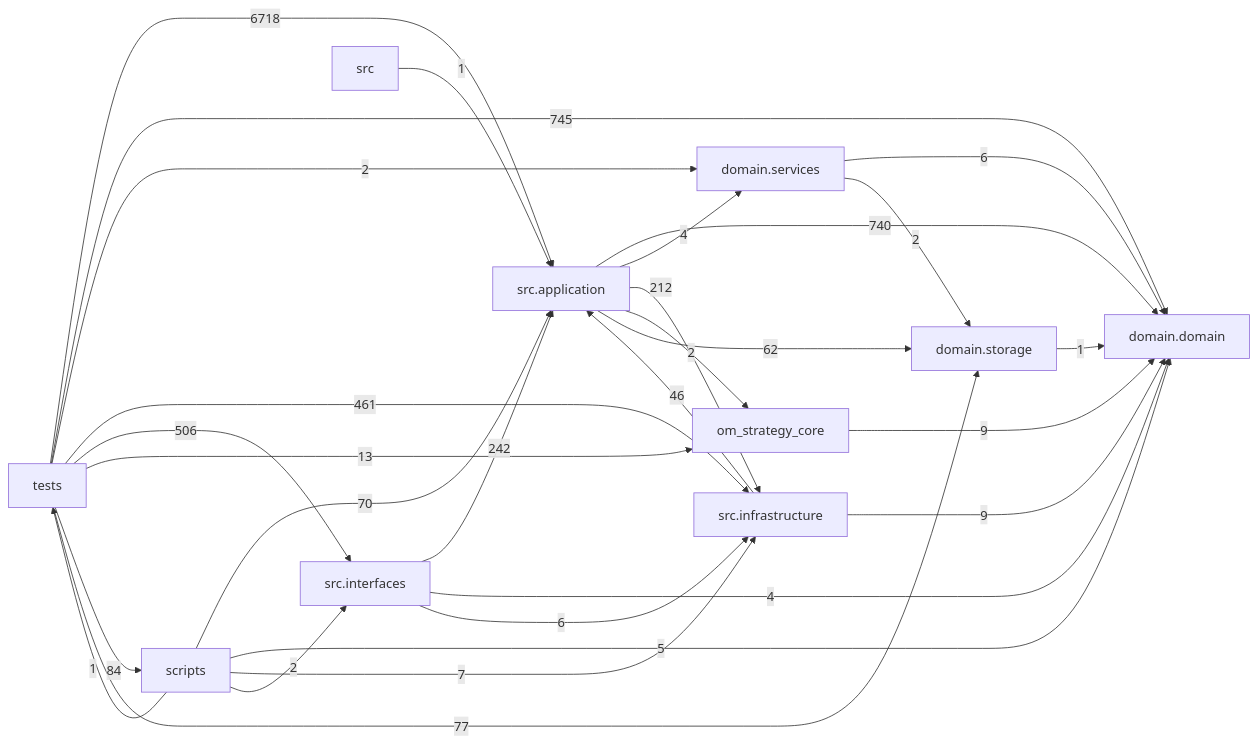
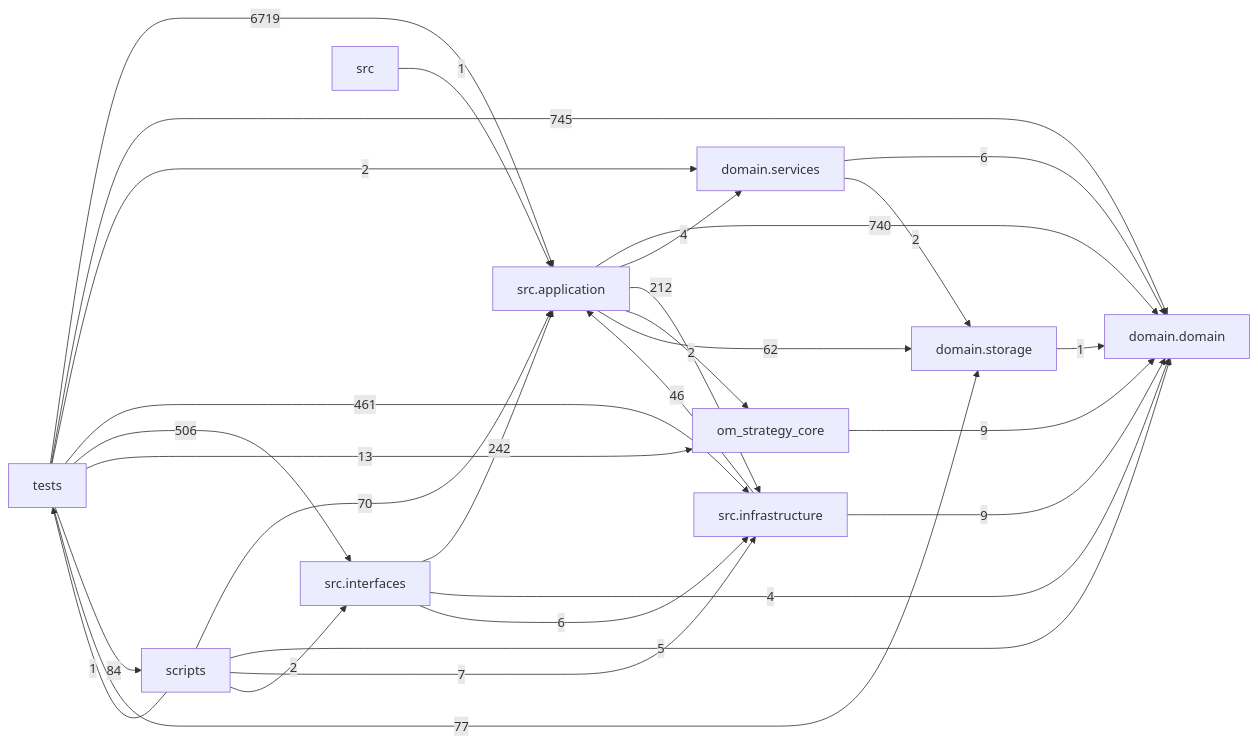
Before and after one commit to liuxie066/options-monitor: the diagram in docs/DEPENDENCY_GRAPH.md, drawn with Mermaid. The commit also changed other lines of this file and 2 other files, not shown here.

````diff
--- a/docs/DEPENDENCY_GRAPH.md
+++ b/docs/DEPENDENCY_GRAPH.md
@@ -24,39 +24,39 @@
 ```mermaid
 flowchart LR
   tests["tests"]
   scripts["scripts"]
   interfaces["src.interfaces"]
   application["src.application"]
   infrastructure["src.infrastructure"]
   domain_services["domain.services"]
   domain["domain.domain"]
   storage["domain.storage"]
   application -->|740| domain
   application -->|4| domain_services
   application -->|212| infrastructure
   application -->|2| om_strategy_core
   application -->|62| storage
   domain_services -->|6| domain
   domain_services -->|2| storage
   infrastructure -->|46| application
   infrastructure -->|9| domain
   interfaces -->|242| application
   interfaces -->|4| domain
   interfaces -->|6| infrastructure
   om_strategy_core -->|9| domain
   scripts -->|70| application
   scripts -->|5| domain
   scripts -->|7| infrastructure
   scripts -->|2| interfaces
   scripts -->|1| tests
   src -->|1| application
   storage -->|1| domain
-  tests -->|6718| application
+  tests -->|6719| application
   tests -->|745| domain
   tests -->|2| domain_services
   tests -->|461| infrastructure
   tests -->|506| interfaces
   tests -->|13| om_strategy_core
   tests -->|84| scripts
   tests -->|77| storage
 ```
````
